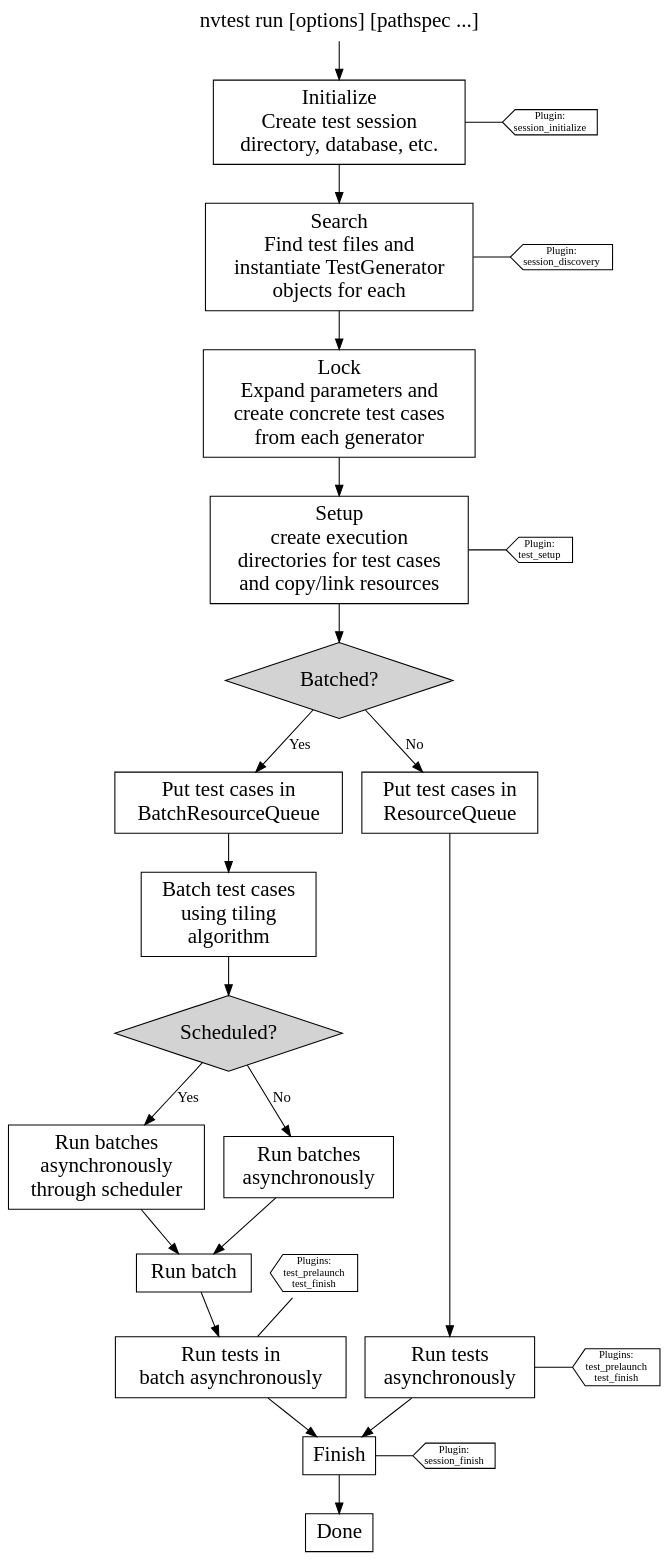
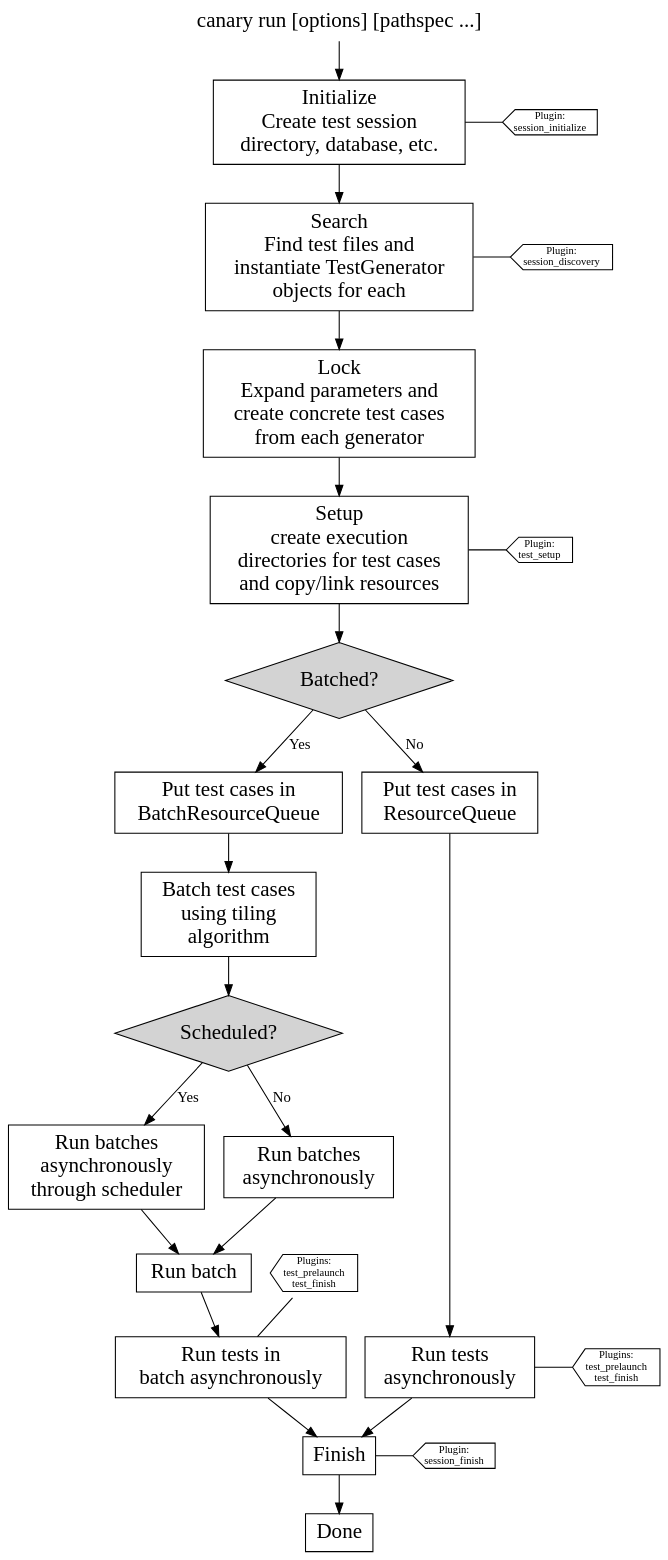
Before and after one commit to sandialabs/canary: the diagram in docs/source/dot/Design.dot, drawn with Graphviz. The commit also changed 503 other files, not shown here.

Commit message:
change name from nvtest to canary

```diff
--- a/docs/source/dot/Design.dot
+++ b/docs/source/dot/Design.dot
@@ -1,177 +1,176 @@
 digraph G {
 
 bgcolor=transparent;
 overlap=compress;
 rankdir=TB;
 
 node[
   fontname=Monaco,
   penwidth=1,
   fontsize=20,
   margin=.1,
   shape=box,
   ordering=out
 ]
 
 run [
-  label="nvtest run [options] [pathspec ...]",
+  label="canary run [options] [pathspec ...]",
   shape="plaintext",
-  href="https://cee-gitlab.sandia.gov/ascic-test-infra/nvtest/-/blob/main/src/_nvtest/plugins/commands/nvtest_run.py?ref_type=heads#L26"
+  href="https://cee-gitlab.sandia.gov/ascic-test-infra/canary/-/blob/main/src/_canary/commands/run.py?ref_type=heads#L26"
 ]
 
 plug_test_run [
   label="Plugins:\ntest_prelaunch\ntest_finish",
   shape="cds",
   orientation=180,
   fontsize=10,
-  href="https://cee-gitlab.sandia.gov/ascic-test-infra/nvtest/-/blob/main/src/_nvtest/plugin.py?ref_type=heads#L70"
+  href="https://cee-gitlab.sandia.gov/ascic-test-infra/canary/-/blob/main/src/_canary/plugin.py?ref_type=heads#L70"
 ]
 plug_test_run_b1 [
   label="Plugins:\ntest_prelaunch\ntest_finish",
   shape="cds",
   orientation=180,
   fontsize=10,
-  href="https://cee-gitlab.sandia.gov/ascic-test-infra/nvtest/-/blob/main/src/_nvtest/plugin.py?ref_type=heads#L70"
+  href="https://cee-gitlab.sandia.gov/ascic-test-infra/canary/-/blob/main/src/_canary/plugin.py?ref_type=heads#L70"
 ]
 init [
   label="Initialize\nCreate test session\ndirectory, database, etc.",
-  href="https://cee-gitlab.sandia.gov/ascic-test-infra/nvtest/-/blob/main/src/_nvtest/session.py?ref_type=heads#L90"
+  href="https://cee-gitlab.sandia.gov/ascic-test-infra/canary/-/blob/main/src/_canary/session.py?ref_type=heads#L90"
 ]
 search [
   label="Search\nFind test files and\ninstantiate TestGenerator\nobjects for each",
-  href="https://cee-gitlab.sandia.gov/ascic-test-infra/nvtest/-/blob/main/src/_nvtest/finder.py?ref_type=heads"
+  href="https://cee-gitlab.sandia.gov/ascic-test-infra/canary/-/blob/main/src/_canary/finder.py?ref_type=heads"
 ]
 lock [
   label="Lock\nExpand parameters and\ncreate concrete test cases\nfrom each generator",
-  href="https://cee-gitlab.sandia.gov/ascic-test-infra/nvtest/-/blob/main/src/_nvtest/finder.py?ref_type=heads#L161"
+  href="https://cee-gitlab.sandia.gov/ascic-test-infra/canary/-/blob/main/src/_canary/finder.py?ref_type=heads#L161"
 ]
 setup [
   label="Setup\ncreate execution\ndirectories for test cases\nand copy/link resources",
-  href="https://cee-gitlab.sandia.gov/ascic-test-infra/nvtest/-/blob/main/src/_nvtest/test/case.py?ref_type=heads#L806"
+  href="https://cee-gitlab.sandia.gov/ascic-test-infra/canary/-/blob/main/src/_canary/test/case.py?ref_type=heads#L806"
 ]
 finish [label="Finish"]
 done [label="Done"]
 
 plug_session_init [
   label="Plugin:\nsession_initialize",
   shape="cds",
   orientation=180,
   fontsize=10,
-  href="https://cee-gitlab.sandia.gov/ascic-test-infra/nvtest/-/blob/main/src/_nvtest/session.py?ref_type=heads#L175",
+  href="https://cee-gitlab.sandia.gov/ascic-test-infra/canary/-/blob/main/src/_canary/session.py?ref_type=heads#L175",
 ]
 plug_session_discovery [
   label="Plugin:\nsession_discovery",
   shape="cds",
   orientation=180,
   fontsize=10,
-  href="https://cee-gitlab.sandia.gov/ascic-test-infra/nvtest/-/blob/main/src/_nvtest/session.py?ref_type=heads#L402",
+  href="https://cee-gitlab.sandia.gov/ascic-test-infra/canary/-/blob/main/src/_canary/session.py?ref_type=heads#L402",
 ]
 plug_session_finish [
   label="Plugin:\nsession_finish",
   shape="cds"
   orientation=180,
   fontsize=10,
 ]
 plug_test_setup [
   label="Plugin:\ntest_setup",
   shape="cds",
   orientation=180,
   fontsize=10,
-  href="https://cee-gitlab.sandia.gov/ascic-test-infra/nvtest/-/blob/main/src/_nvtest/test/case.py?ref_type=heads#L818"
+  href="https://cee-gitlab.sandia.gov/ascic-test-infra/canary/-/blob/main/src/_canary/test/case.py?ref_type=heads#L818"
 ]
 
   queue [
     label="Put test cases in\nResourceQueue",
-    href="https://cee-gitlab.sandia.gov/ascic-test-infra/nvtest/-/blob/main/src/_nvtest/queues.py?ref_type=heads#L203"
+    href="https://cee-gitlab.sandia.gov/ascic-test-infra/canary/-/blob/main/src/_canary/queues.py?ref_type=heads#L203"
   ]
   batch_queue [
     label="Put test cases in\nBatchResourceQueue",
-    href="https://cee-gitlab.sandia.gov/ascic-test-infra/nvtest/-/blob/main/src/_nvtest/queues.py?ref_type=heads#L264"
+    href="https://cee-gitlab.sandia.gov/ascic-test-infra/canary/-/blob/main/src/_canary/queues.py?ref_type=heads#L264"
   ]
 
   batched [
     label="Batched?",
     fixedsize="true",
     width="3",
     height="1",
     shape="diamond",
     style="filled",
-    href="https://cee-gitlab.sandia.gov/ascic-test-infra/nvtest/-/blob/main/src/_nvtest/test/batch.py?ref_type=heads"
+    href="https://cee-gitlab.sandia.gov/ascic-test-infra/canary/-/blob/main/src/_canary/test/batch.py?ref_type=heads"
   ]
   batch_cases [
     label="Batch test cases\nusing tiling\nalgorithm",
-    href="https://cee-gitlab.sandia.gov/ascic-test-infra/nvtest/-/blob/main/src/_nvtest/partition.py?ref_type=heads#L53"
+    href="https://cee-gitlab.sandia.gov/ascic-test-infra/canary/-/blob/main/src/_canary/partition.py?ref_type=heads#L53"
 
   ]
   run_batch [
     label="Run batch",
-    href="https://cee-gitlab.sandia.gov/ascic-test-infra/nvtest/-/blob/main/src/_nvtest/plugins/runners/nvtest_slurm.py?ref_type=heads#L77"
   ]
 
   scheduled [
     label="Scheduled?",
     fixedsize="true",
     width="3",
     height="1",
     shape="diamond",
     style="filled"
   ]
   run_batched_sched [
     label="Run batches\nasynchronously\nthrough scheduler",
-    href="https://cee-gitlab.sandia.gov/ascic-test-infra/nvtest/-/blob/main/src/_nvtest/runners.py?ref_type=heads#L116"
+    href="https://cee-gitlab.sandia.gov/ascic-test-infra/canary/-/blob/main/src/_canary/runners.py?ref_type=heads#L116"
   ]
   run_async_b1 [
     label="Run tests in\nbatch asynchronously",
-    href="https://cee-gitlab.sandia.gov/ascic-test-infra/nvtest/-/blob/main/src/_nvtest/runners.py?ref_type=heads#L26"
+    href="https://cee-gitlab.sandia.gov/ascic-test-infra/canary/-/blob/main/src/_canary/runners.py?ref_type=heads#L26"
   ]
 
   run_batched_no_sched [
     label="Run batches\nasynchronously",
-    href="https://cee-gitlab.sandia.gov/ascic-test-infra/nvtest/-/blob/main/src/_nvtest/runners.py?ref_type=heads#L116"
+    href="https://cee-gitlab.sandia.gov/ascic-test-infra/canary/-/blob/main/src/_canary/runners.py?ref_type=heads#L116"
   ]
 
   run_async [
     label="Run tests\nasynchronously",
-    href="https://cee-gitlab.sandia.gov/ascic-test-infra/nvtest/-/blob/main/src/_nvtest/runners.py?ref_type=heads#L26"
+    href="https://cee-gitlab.sandia.gov/ascic-test-infra/canary/-/blob/main/src/_canary/runners.py?ref_type=heads#L26"
   ]
 
   nothing1 [style="invis" label="          "]
   nothing2 [style="invis" label="          "]
 
   batched -> batch_queue [label="Yes"]
   batch_queue -> batch_cases -> scheduled
   scheduled -> run_batched_sched [label="Yes"]
   run_batched_sched -> run_batch
   run_batch -> run_async_b1 //nothing1 [style="invis"]
   plug_test_run_b1 -> run_async_b1 [arrowhead="none"]
 
   scheduled -> run_batched_no_sched [label="No"]
   run_batched_no_sched -> run_batch
 
   batched -> queue [label="No"]
   queue -> run_async
   run_async -> plug_test_run [arrowhead="none"]
   run_async -> finish
 
   run -> init
   init -> plug_session_init [arrowhead="none"]
   init -> search
   search -> plug_session_discovery [arrowhead="none"]
   search -> lock -> setup
   setup -> plug_test_setup [arrowhead="none"]
   setup -> batched
 
   run_async_b1 -> finish
 
   finish -> plug_session_finish [arrowhead="none"]
   finish -> done
 
   {rank="same"; init; plug_session_init;}
   {rank="same"; search; plug_session_discovery;}
   {rank="same"; setup; plug_test_setup;}
   {rank="same"; batch_queue; queue;}
   {rank="same"; finish; plug_session_finish;}
   {rank="same"; /*plug_test_run_b1;*/ run_async_b1; run_async; plug_test_run}
   {rank="same"; run_batched_no_sched; run_batched_sched}
 
 }
```
